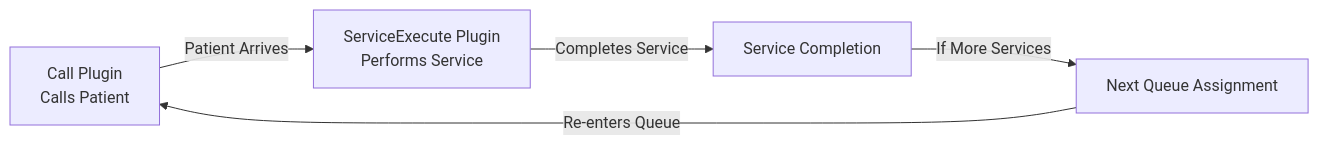
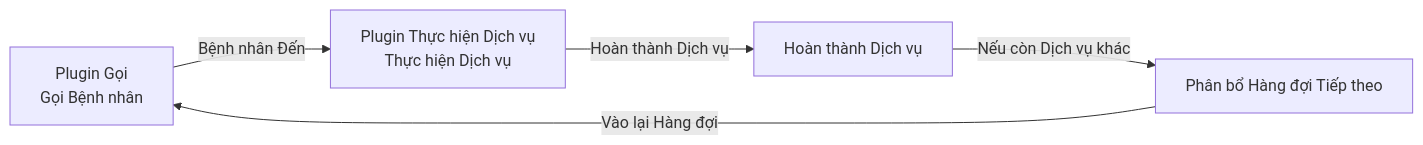
One commit to thangpnb/HIS changed the eighth of 8 diagrams in docs/his-ba-documentation/03-business-domains/patient-management/patient-call-display.md. Above: the diagram before and after it, drawn with Mermaid. The commit also changed other lines of this file and 30 other files, not shown here.

Commit message:
Refactor architecture docs and update translations

````diff
--- a/docs/his-ba-documentation/03-business-domains/patient-management/patient-call-display.md
+++ b/docs/his-ba-documentation/03-business-domains/patient-management/patient-call-display.md
@@ -478,12 +478,12 @@
 ```mermaid
 graph LR
-    Call["Call Plugin<br/>Calls Patient"]
-    Service["ServiceExecute Plugin<br/>Performs Service"]
-    Complete["Service Completion"]
-    NextQueue["Next Queue Assignment"]
+    Call["Plugin Gọi<br/>Gọi Bệnh nhân"]
+    Service["Plugin Thực hiện Dịch vụ<br/>Thực hiện Dịch vụ"]
+    Complete["Hoàn thành Dịch vụ"]
+    NextQueue["Phân bổ Hàng đợi Tiếp theo"]
     
-    Call -->|"Patient Arrives"| Service
-    Service -->|"Completes Service"| Complete
-    Complete -->|"If More Services"| NextQueue
-    NextQueue -->|"Re-enters Queue"| Call
+    Call -->|"Bệnh nhân Đến"| Service
+    Service -->|"Hoàn thành Dịch vụ"| Complete
+    Complete -->|"Nếu còn Dịch vụ khác"| NextQueue
+    NextQueue -->|"Vào lại Hàng đợi"| Call
 ```
````
